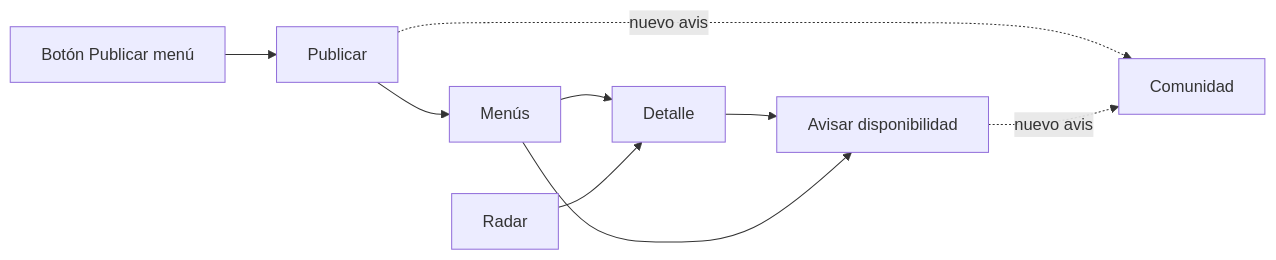
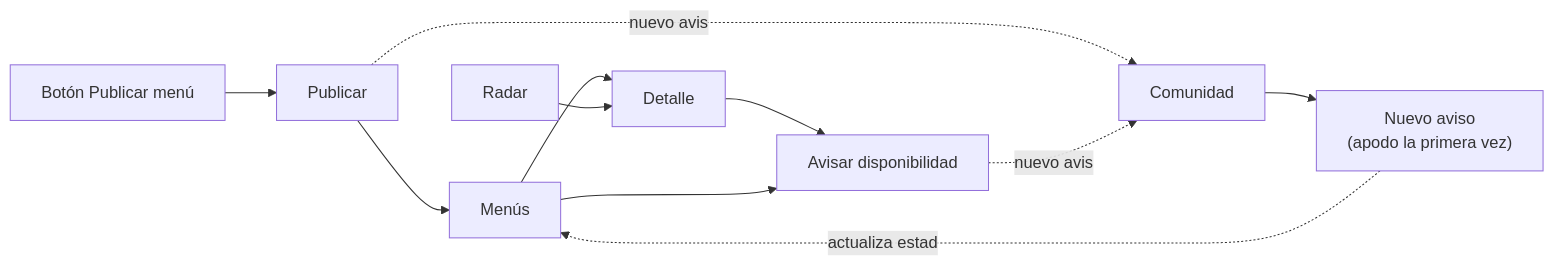
One commit to JoseGordilloMendoza/menuAppFlutter changed the second of 2 diagrams in docs/analisis_y_layout.md. Above: the diagram before and after it, drawn with Mermaid. The commit also changed other lines of this file, not shown here.

````diff
--- a/docs/analisis_y_layout.md
+++ b/docs/analisis_y_layout.md
@@ -129,11 +170,13 @@
 ```mermaid
 flowchart LR
     M[Menús] --> D[Detalle]
     R[Radar] --> D
     D --> A[Avisar disponibilidad]
     M --> A
     F["Botón Publicar menú"] --> P[Publicar]
     P --> M
     P -.nuevo aviso.-> C[Comunidad]
     A -.nuevo aviso.-> C
+    C --> N["Nuevo aviso<br/>(apodo la primera vez)"]
+    N -.actualiza estado.-> M
 ```
````
